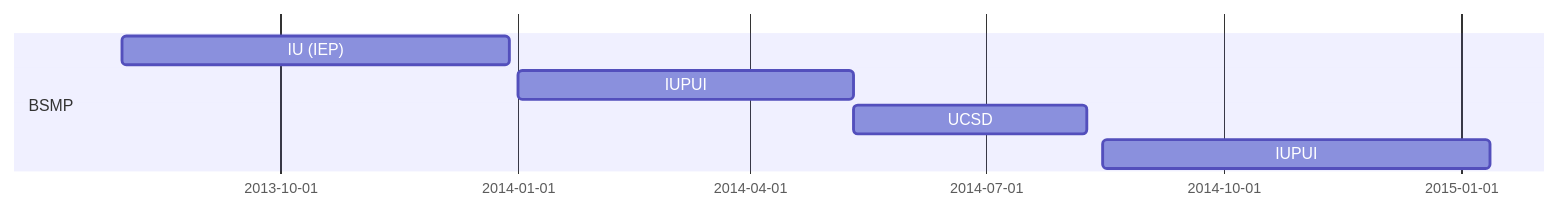
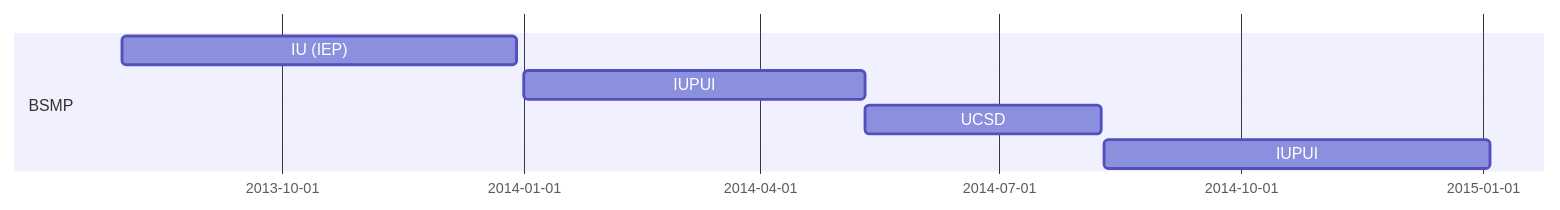
Before and after one commit to asrampasso/academic_website: the second of 4 diagrams in content/timeline/_index.md, drawn with Mermaid. The commit also changed other lines of this file and 91 other files, not shown here.

````diff
--- a/content/timeline/_index.md
+++ b/content/timeline/_index.md
@@ -40,12 +45,12 @@
 ```mermaid
 
 gantt
 
   dateFormat  YYYY-MM-DD
   
   section BSMP
   IU (IEP): 2013-08-01, 150d
   IUPUI: a1, 2014-01-01, 130d 
   UCSD: after a1, 90d
-  IUPUI: 2014-08-15, 150d
+  IUPUI: 2014-08-10, 147d
 ```
````
